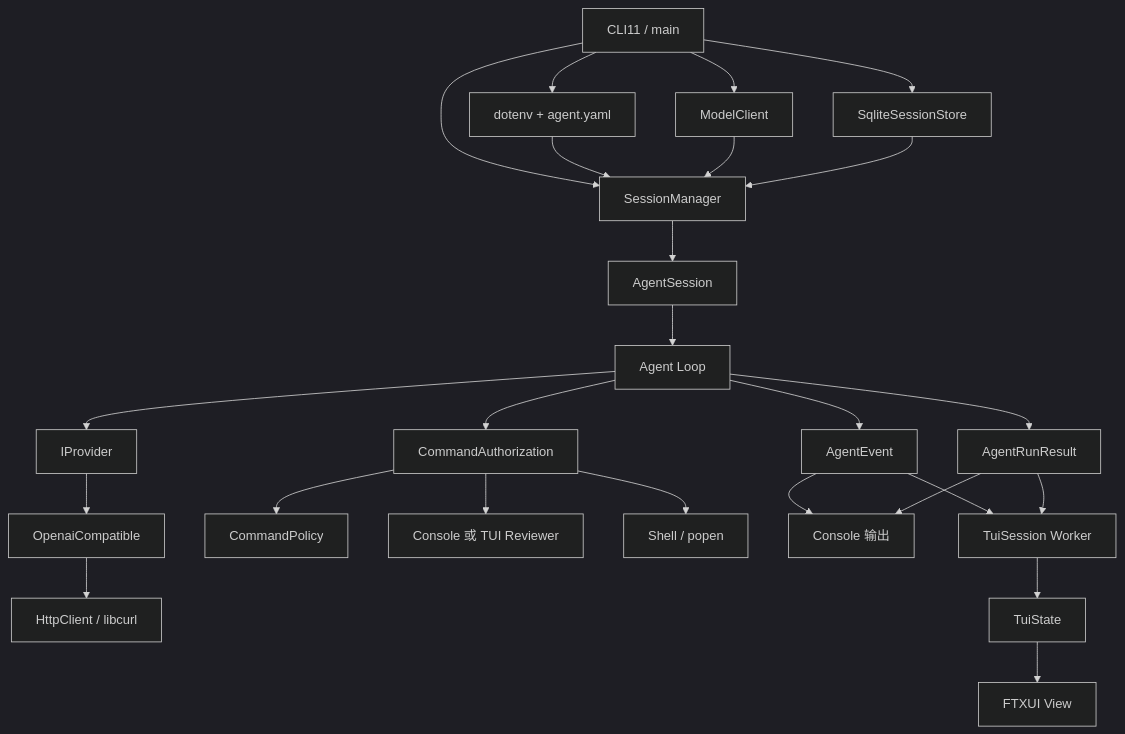
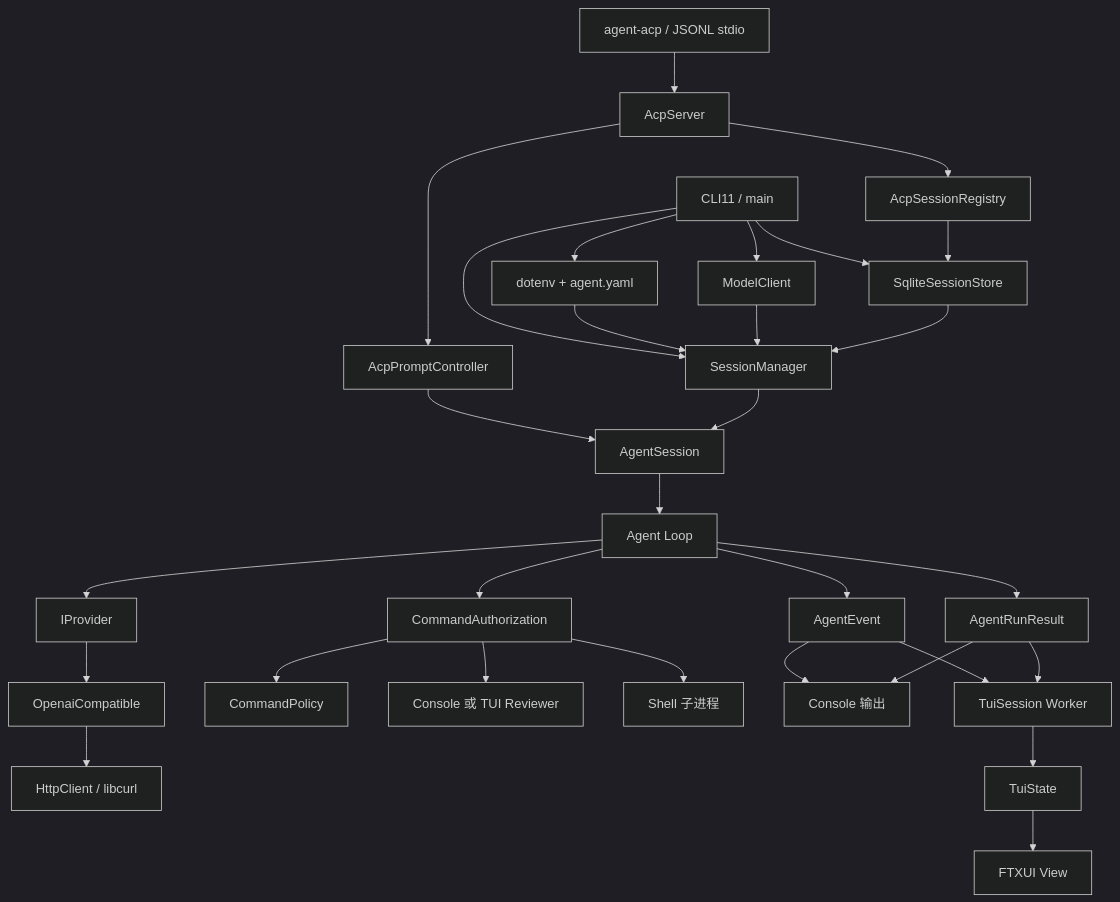
The first of 2 diagrams in docs/architecture.md (ccasJay/My_Agent), drawn with Mermaid (dark theme) before and after one commit. The commit also changed other lines of this file and 16 other files, not shown here.

````diff
--- a/docs/architecture.md
+++ b/docs/architecture.md
@@ -12,30 +12,35 @@
 ```mermaid
 flowchart TD
     CLI[CLI11 / main] --> CONFIG[dotenv + agent.yaml]
     CLI --> MODEL[ModelClient]
     CLI --> STORE[SqliteSessionStore]
     CLI --> MANAGER[SessionManager]
+    ACPCLI[agent-acp / JSONL stdio] --> ACPSERVER[AcpServer]
+    ACPSERVER --> ACPSESS[AcpSessionRegistry]
+    ACPSERVER --> ACPPROMPT[AcpPromptController]
+    ACPSESS --> STORE
+    ACPPROMPT --> SESSION
     CONFIG --> MANAGER
     MODEL --> MANAGER
     STORE --> MANAGER
 
     MANAGER --> SESSION[AgentSession]
     SESSION --> LOOP[Agent Loop]
     LOOP --> PROVIDER[IProvider]
     PROVIDER --> OPENAI[OpenaiCompatible]
     OPENAI --> HTTP[HttpClient / libcurl]
 
     LOOP --> AUTH[CommandAuthorization]
     AUTH --> POLICY[CommandPolicy]
     AUTH --> REVIEW[Console 或 TUI Reviewer]
-    AUTH --> SHELL[Shell / popen]
+    AUTH --> SHELL[Shell 子进程]
 
     LOOP --> EVENTS[AgentEvent]
     LOOP --> RESULT[AgentRunResult]
     EVENTS --> CONSOLE[Console 输出]
     RESULT --> CONSOLE
     EVENTS --> TUISESSION[TuiSession Worker]
     RESULT --> TUISESSION
     TUISESSION --> STATE[TuiState]
     STATE --> VIEW[FTXUI View]
 ```
````
